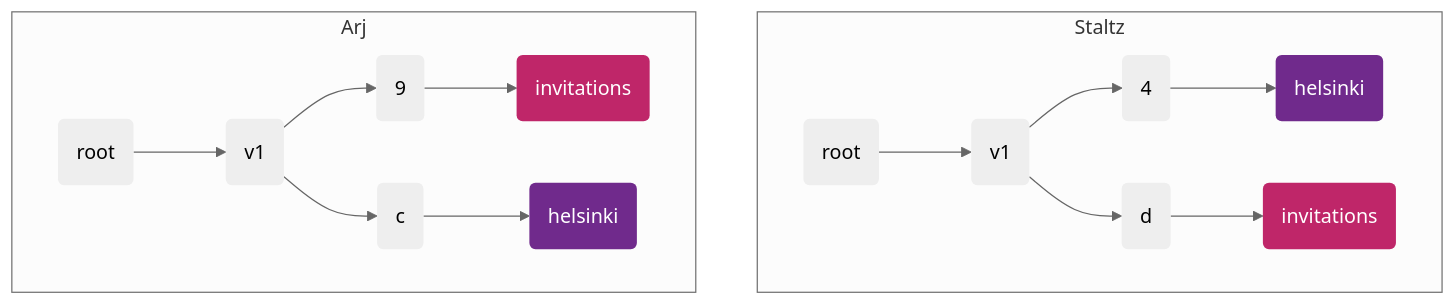
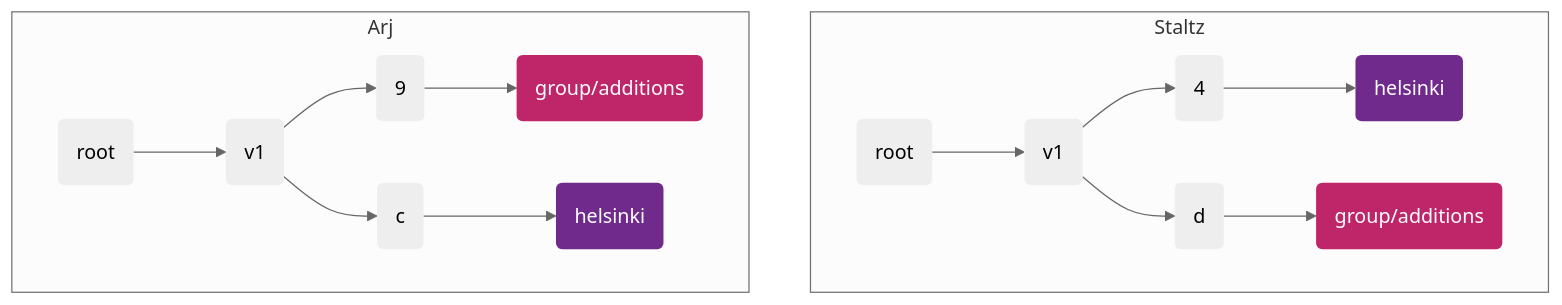
Before and after one commit to ssbc/ssb-meta-feeds-group-spec: the fourth of 4 diagrams in README.md, drawn with Mermaid (neutral theme). The commit also changed other lines of this file, not shown here.

Commit message:
Rename "invitations" to "group/additions" (#9)

````diff
--- a/README.md
+++ b/README.md
@@ -220,29 +218,29 @@
 ```mermaid
 graph TB
 
 rootA(root)
 v1A(v1)
 4A(4) & dA(d)
-invitationsA(invitations):::invitationsClass
+additionsA(group/additions):::additionsClass
 helsinkiA(helsinki):::group
 
 rootB(root)
 v1B(v1)
 9B(9) & cB(c)
-invitationsB(invitations):::invitationsClass
+additionsB(group/additions):::additionsClass
 helsinkiB(helsinki):::group
 
 subgraph Staltz
   rootA --> v1A --> 4A --> helsinkiA
-            v1A --> dA --> invitationsA
+            v1A --> dA --> additionsA
 end
 
 subgraph Arj
-  rootB --> v1B --> 9B --> invitationsB
+  rootB --> v1B --> 9B --> additionsB
             v1B --> cB --> helsinkiB
 end
 
 classDef default stroke:none;
-classDef invitationsClass fill: #BF2669, stroke:none, color:white;
+classDef additionsClass fill: #BF2669, stroke:none, color:white;
 classDef group fill: #702A8C, stroke: none, color:white;
 ```
````
